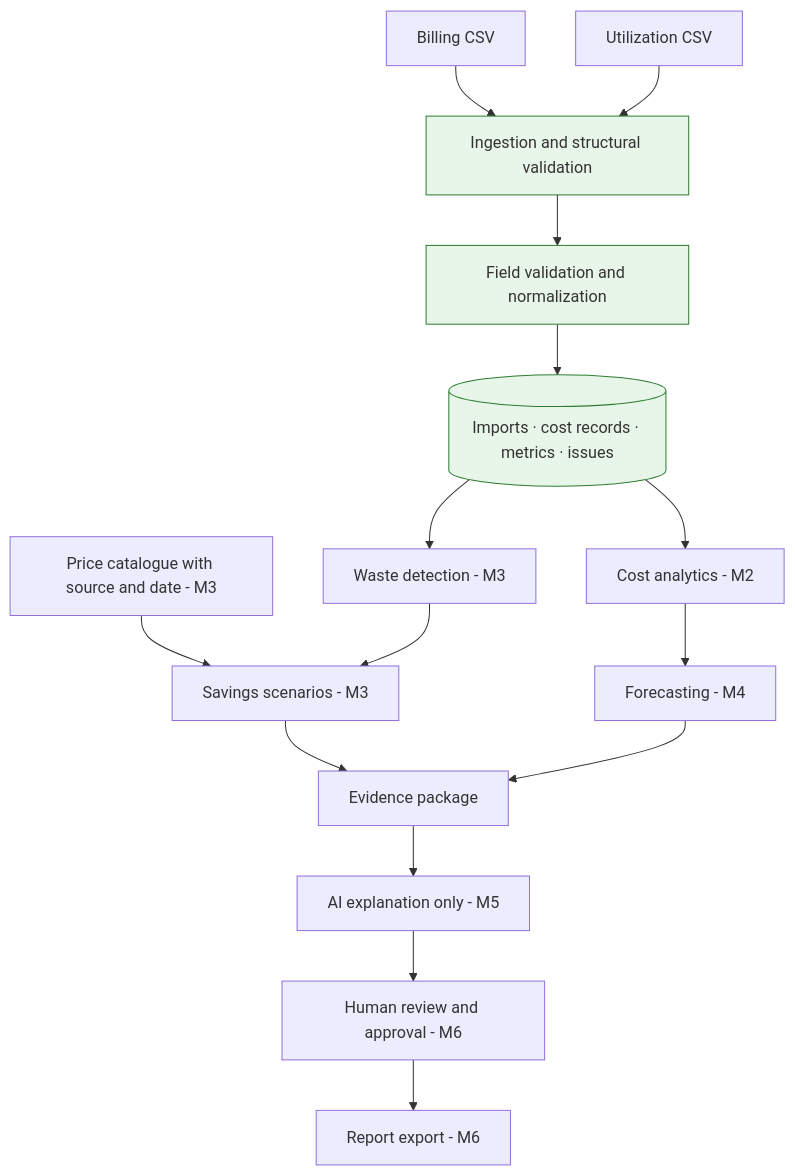
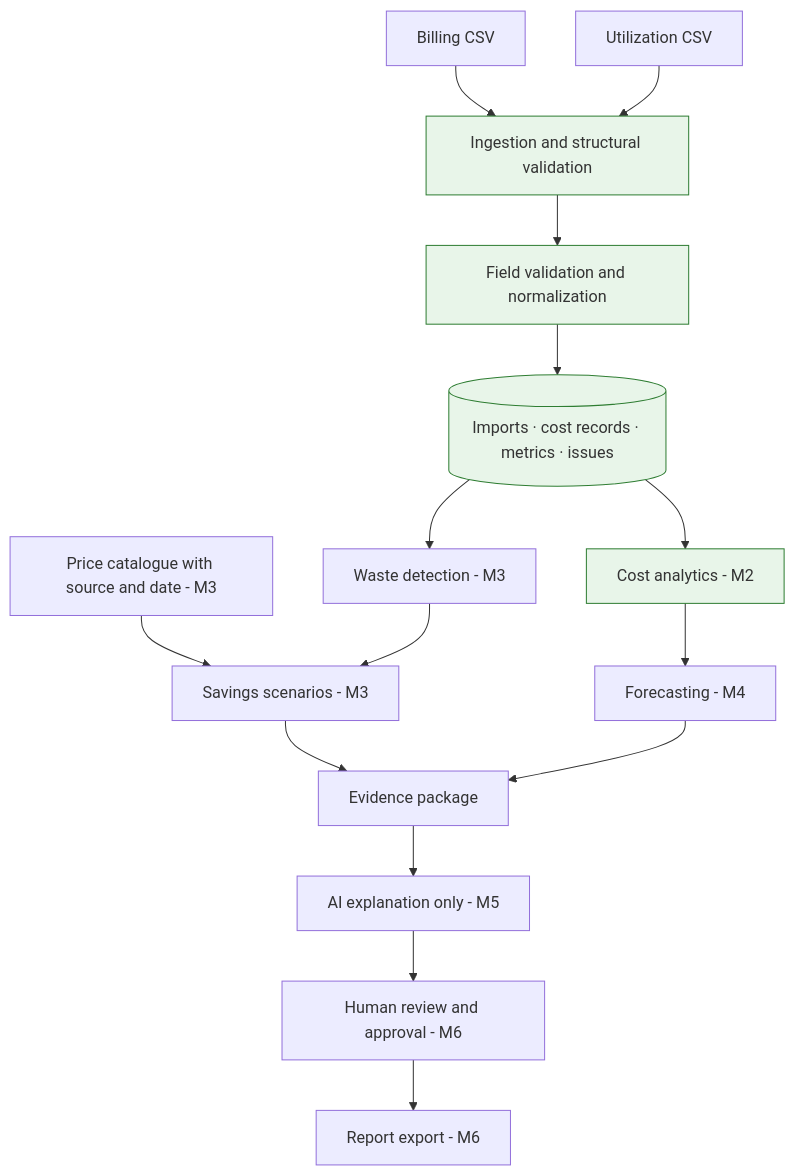
One commit to bharath609/CloudPilot.ai changed the diagram in README.md. Above: the diagram before and after it, drawn with Mermaid. The commit also changed other lines of this file and 12 other files, not shown here.

````diff
--- a/README.md
+++ b/README.md
@@ -50,21 +51,22 @@
 ```mermaid
 flowchart TD
   A[Billing CSV] --> B[Ingestion and structural validation]
   C[Utilization CSV] --> B
   B --> D[Field validation and normalization]
   D --> E[(Imports · cost records · metrics · issues)]
   E --> F[Cost analytics - M2]
   E --> G[Waste detection - M3]
   P[Price catalogue with source and date - M3] --> H[Savings scenarios - M3]
   G --> H
   F --> I[Forecasting - M4]
   H --> J[Evidence package]
   I --> J
   J --> K[AI explanation only - M5]
   K --> L[Human review and approval - M6]
   L --> M[Report export - M6]
 
   style B fill:#e8f5e9,stroke:#2e7d32
   style D fill:#e8f5e9,stroke:#2e7d32
   style E fill:#e8f5e9,stroke:#2e7d32
+  style F fill:#e8f5e9,stroke:#2e7d32
 ```
````
